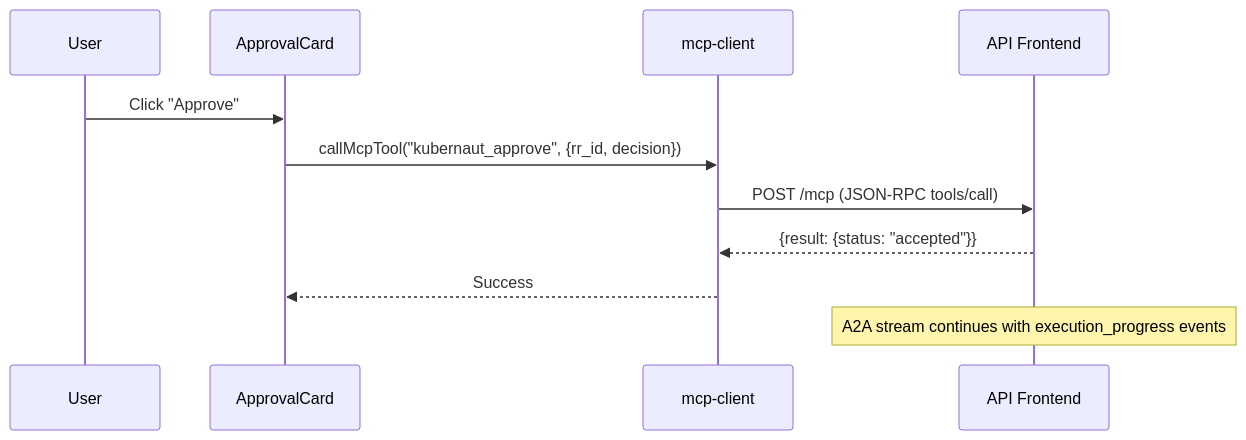
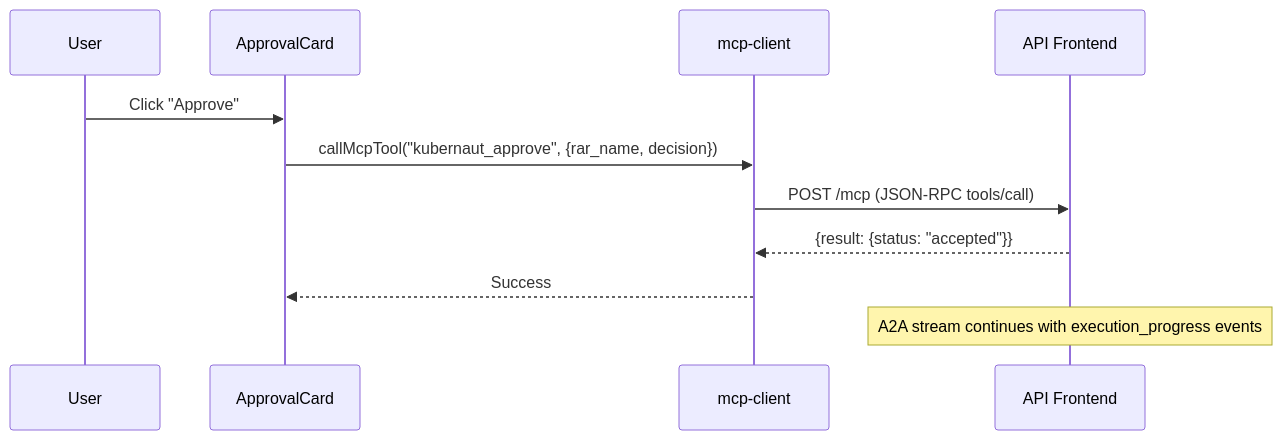
Before and after one commit to jordigilh/kubernaut-console: the third of 10 diagrams in docs/architecture.md, drawn with Mermaid. The commit also changed 18 other files, not shown here.

First line of the commit message:
fix: GA readiness audit — docs, CI, chart, and dependency cleanup (#26)

````diff
--- a/docs/architecture.md
+++ b/docs/architecture.md
@@ -71,14 +71,14 @@
 ```mermaid
 sequenceDiagram
     participant User
     participant ApprovalCard
     participant mcpClient as mcp-client
     participant AF as API Frontend
 
     User->>ApprovalCard: Click "Approve"
-    ApprovalCard->>mcpClient: callMcpTool("kubernaut_approve", {rr_id, decision})
+    ApprovalCard->>mcpClient: callMcpTool("kubernaut_approve", {rar_name, decision})
     mcpClient->>AF: POST /mcp (JSON-RPC tools/call)
     AF-->>mcpClient: {result: {status: "accepted"}}
     mcpClient-->>ApprovalCard: Success
     Note over AF: A2A stream continues with execution_progress events
 ```
````
